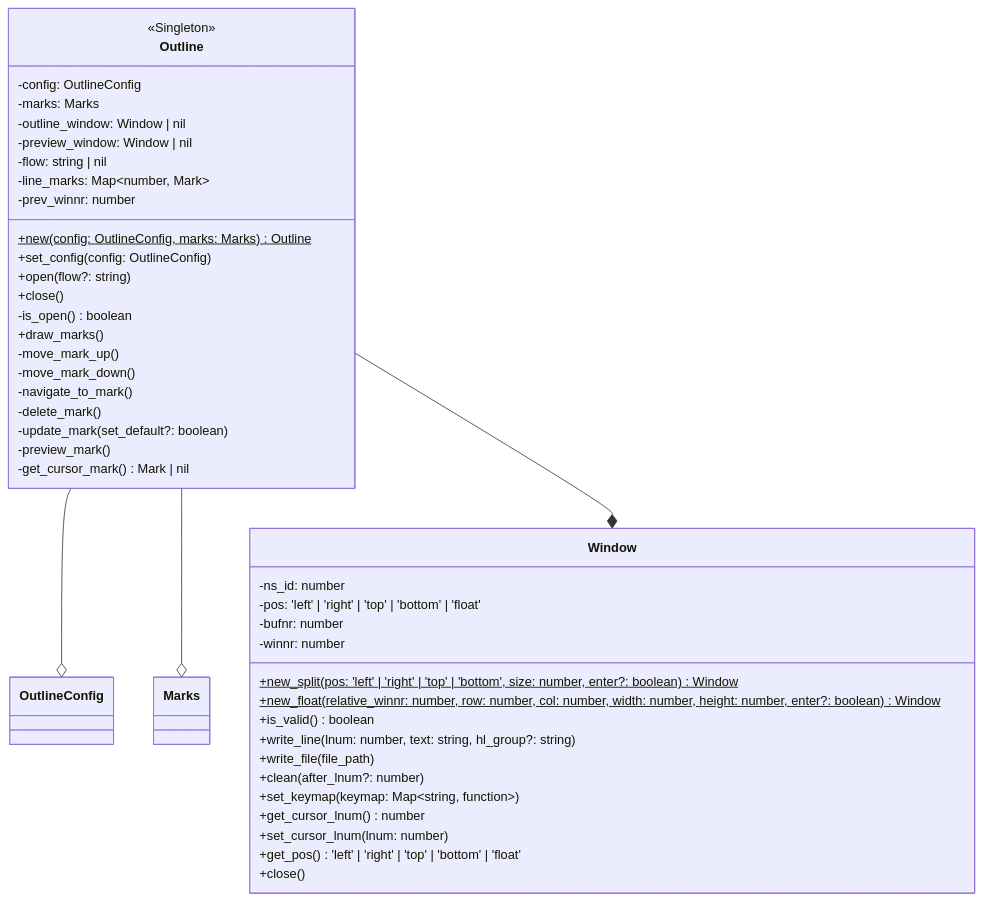
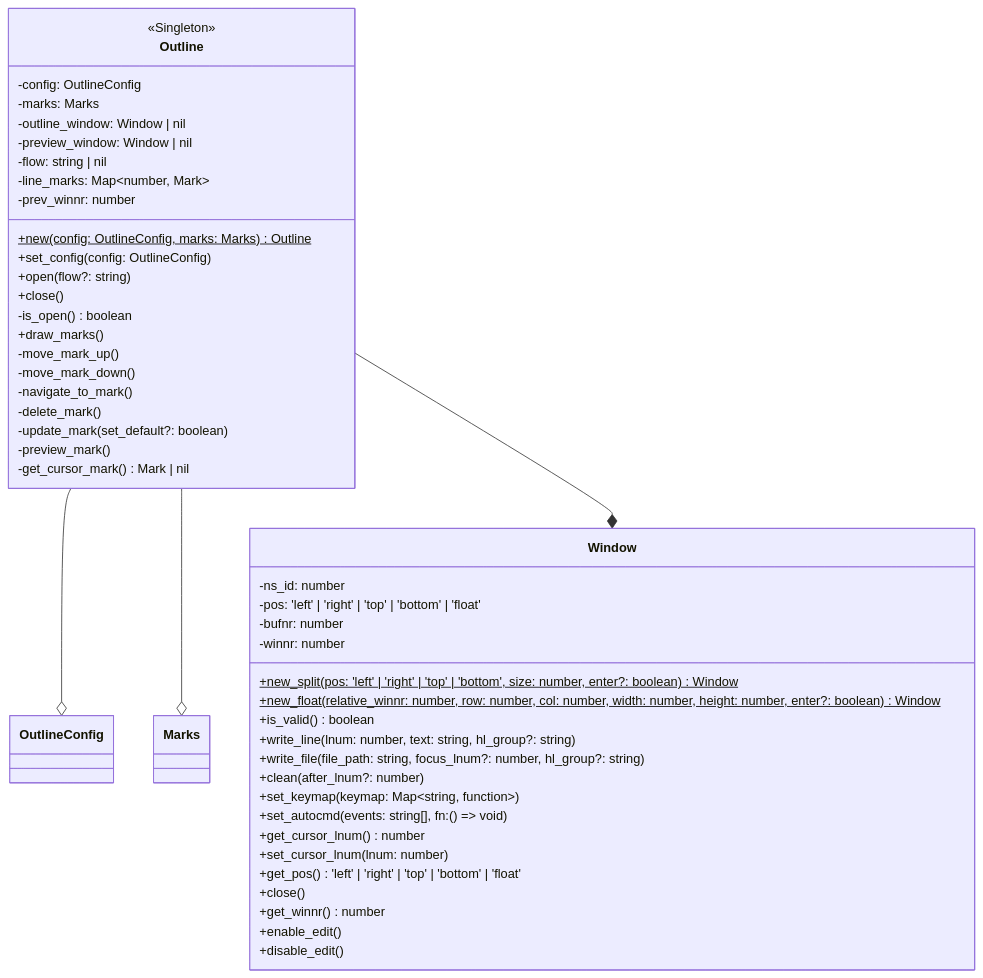
One commit to niuiic/track.nvim changed diagram 11 of 17 in DESIGN.md. Above: the diagram before and after it, drawn with Mermaid. The commit also changed other lines of this file and 5 other files, not shown here.

````diff
--- a/DESIGN.md
+++ b/DESIGN.md
@@ -291,54 +293,58 @@
 ```mermaid
 classDiagram
     Outline --o OutlineConfig
     Outline --o Marks
     Outline --* Window
     class Outline {
         <<Singleton>>
 
         -config: OutlineConfig
         -marks: Marks
         -outline_window: Window | nil
         -preview_window: Window | nil
         -flow: string | nil
         -line_marks: Map~number, Mark~
         -prev_winnr: number
 
         %% new
         +new(config: OutlineConfig, marks: Marks)$ Outline
         %% config
         +set_config(config: OutlineConfig)
         %% outline
         +open(flow?: string)
         +close()
         -is_open() boolean
         %% mark
         +draw_marks()
         -move_mark_up()
         -move_mark_down()
         -navigate_to_mark()
         -delete_mark()
         -update_mark(set_default?: boolean)
         -preview_mark()
         -get_cursor_mark() Mark | nil
     }
 
     class Window {
         -ns_id: number
         -pos: 'left' | 'right' | 'top' | 'bottom' | 'float'
         -bufnr: number
         -winnr: number
 
         +new_split(pos: 'left' | 'right' | 'top' | 'bottom', size: number, enter?: boolean)$ Window
         +new_float(relative_winnr: number, row: number, col: number, width: number, height: number, enter?: boolean)$ Window
         +is_valid() boolean
         +write_line(lnum: number, text: string, hl_group?: string)
-        +write_file(file_path)
+        +write_file(file_path: string, focus_lnum?: number, hl_group?: string)
         +clean(after_lnum?: number)
         +set_keymap(keymap: Map~string, function~)
+        +set_autocmd(events: string[], fn: () => void)
         +get_cursor_lnum() number
         +set_cursor_lnum(lnum: number)
         +get_pos() 'left' | 'right' | 'top' | 'bottom' | 'float'
         +close()
+        +get_winnr() number
+        +enable_edit()
+        +disable_edit()
     }
 ```
````
